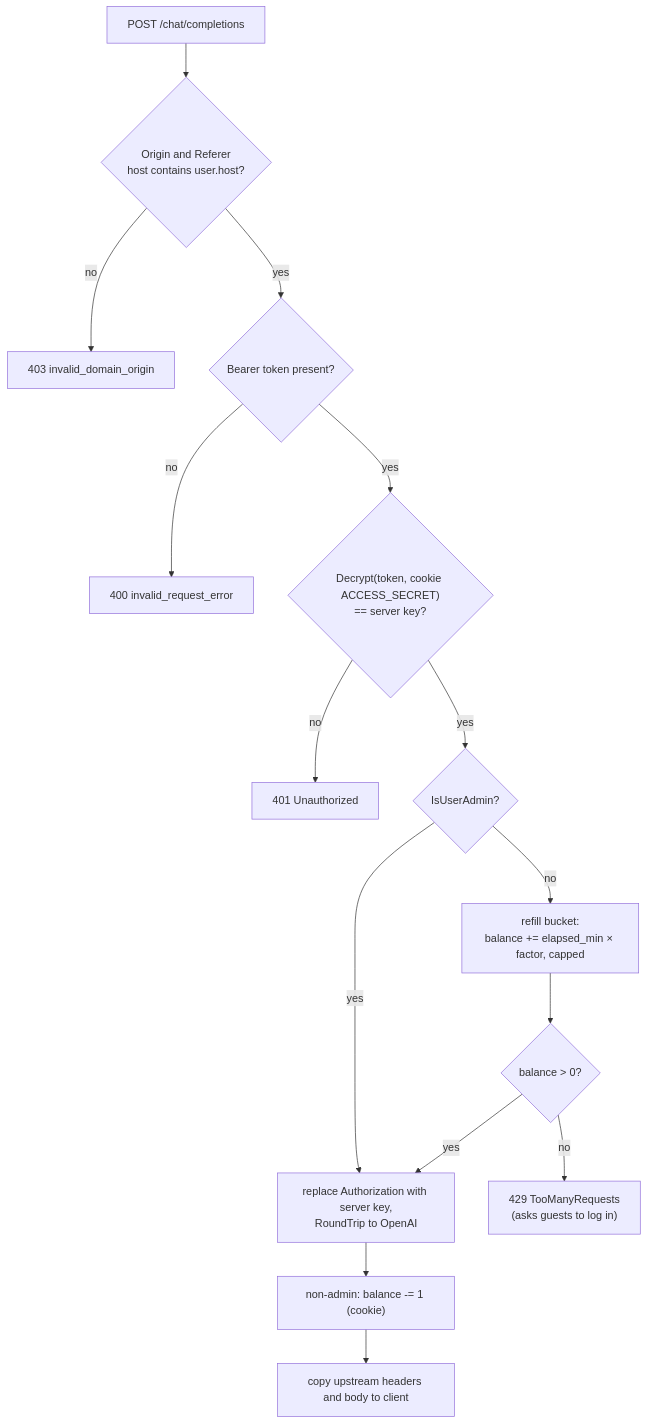
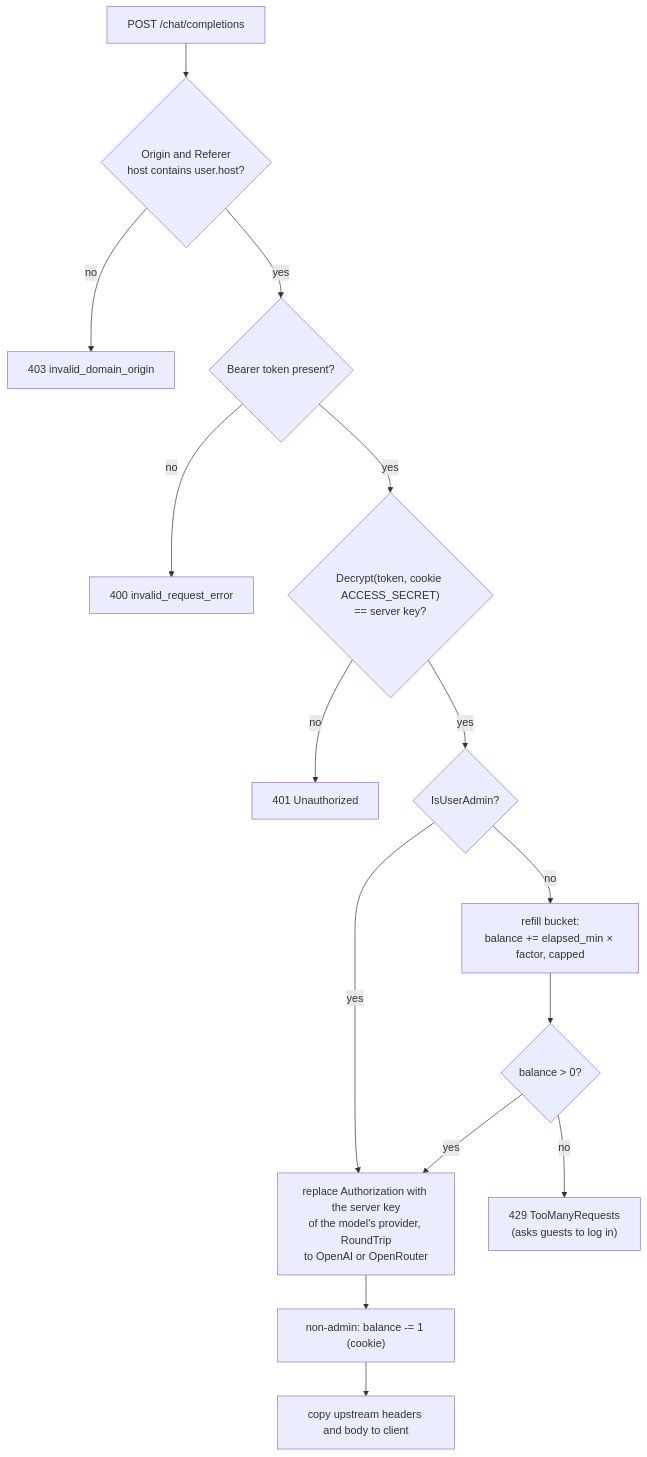
One commit to vickeykumar/openrepl changed the diagram in docs/lld/07-ai-features.md. Above: the diagram before and after it, drawn with Mermaid. The commit also changed other lines of this file and 60 other files, not shown here.

First line of the commit message:
Gemma via OpenRouter, admin console controls, MongoDB/Firestore storage, worker config

````diff
--- a/docs/lld/07-ai-features.md
+++ b/docs/lld/07-ai-features.md
@@ -30,17 +31,17 @@
 ```mermaid
 flowchart TD
     A["POST /chat/completions"] --> O{"Origin and Referer<br/>host contains user.host?"}
     O -- no --> E403["403 invalid_domain_origin"]
     O -- yes --> T{"Bearer token present?"}
     T -- no --> E400["400 invalid_request_error"]
     T -- yes --> D{"Decrypt(token, cookie ACCESS_SECRET)<br/>== server key?"}
     D -- no --> E401["401 Unauthorized"]
     D -- yes --> ADM{"IsUserAdmin?"}
     ADM -- yes --> FWD
     ADM -- no --> R["refill bucket:<br/>balance += elapsed_min × factor, capped"]
     R --> Q{"balance > 0?"}
     Q -- no --> E429["429 TooManyRequests<br/>(asks guests to log in)"]
-    Q -- yes --> FWD["replace Authorization with server key,<br/>RoundTrip to OpenAI"]
+    Q -- yes --> FWD["replace Authorization with the server key<br/>of the model's provider, RoundTrip<br/>to OpenAI or OpenRouter"]
     FWD --> DEC["non-admin: balance -= 1 (cookie)"]
     DEC --> COPY["copy upstream headers and body to client"]
 ```
````
